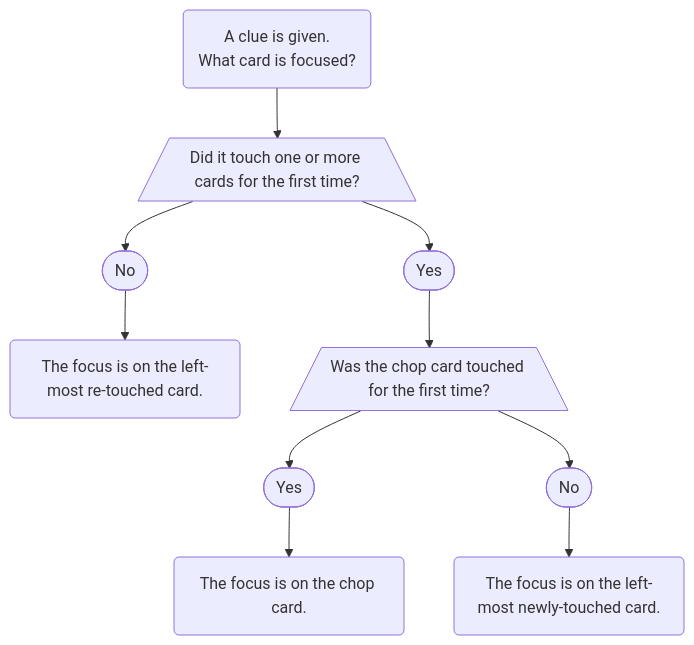
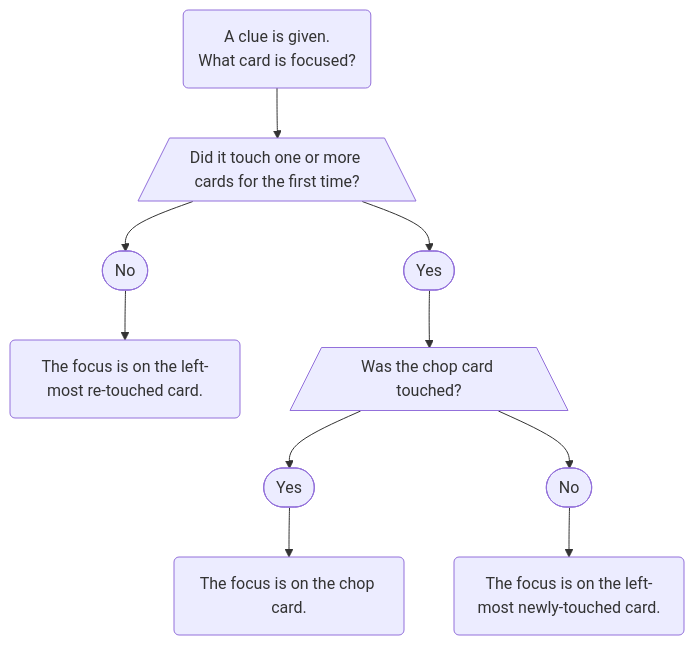
Before and after one commit to hanabi/hanabi.github.io: the diagram in docs/level-1.mdx, drawn with Mermaid.

Commit message:
Removing Sentence Redundancy in Clue-Focus Flowchart

````diff
--- a/docs/level-1.mdx
+++ b/docs/level-1.mdx
@@ -50,29 +50,29 @@
 ```mermaid
 flowchart TD;
 
 S(A clue is given.<br />What card is focused?)
 D1[/Did it touch one or more cards for the first time?\]
 D1Y([Yes])
 D1N([No])
 D1NL(The focus is on the left-most re-touched card.)
-D2[/Was the chop card touched for the first time?\]
+D2[/Was the chop card touched?\]
 D2Y([Yes])
 D2N([No])
 D2YL(The focus is on the chop card.)
 D2NL(The focus is on the left-most newly-touched card.)
 
 class D1Y,D2Y node-yes
 class D1N,D2N node-no
 class S,D1NL,D2YL,D2NL node-act
 class D1,D2 node-dec
 
 S --> D1;
 D1 --> D1Y;
 D1 --> D1N;
 D1N --> D1NL;
 D1Y --> D2;
 D2 --> D2Y;
 D2 --> D2N;
 D2Y --> D2YL;
 D2N --> D2NL;
 ```
````
